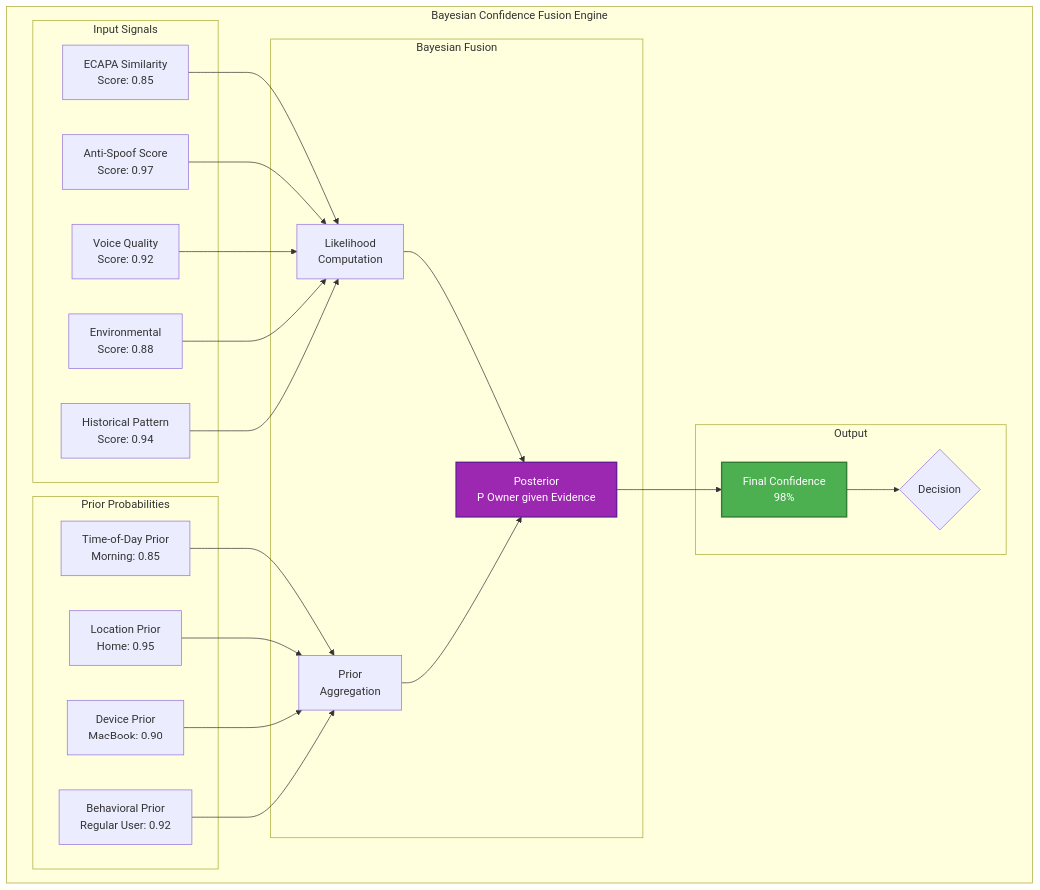
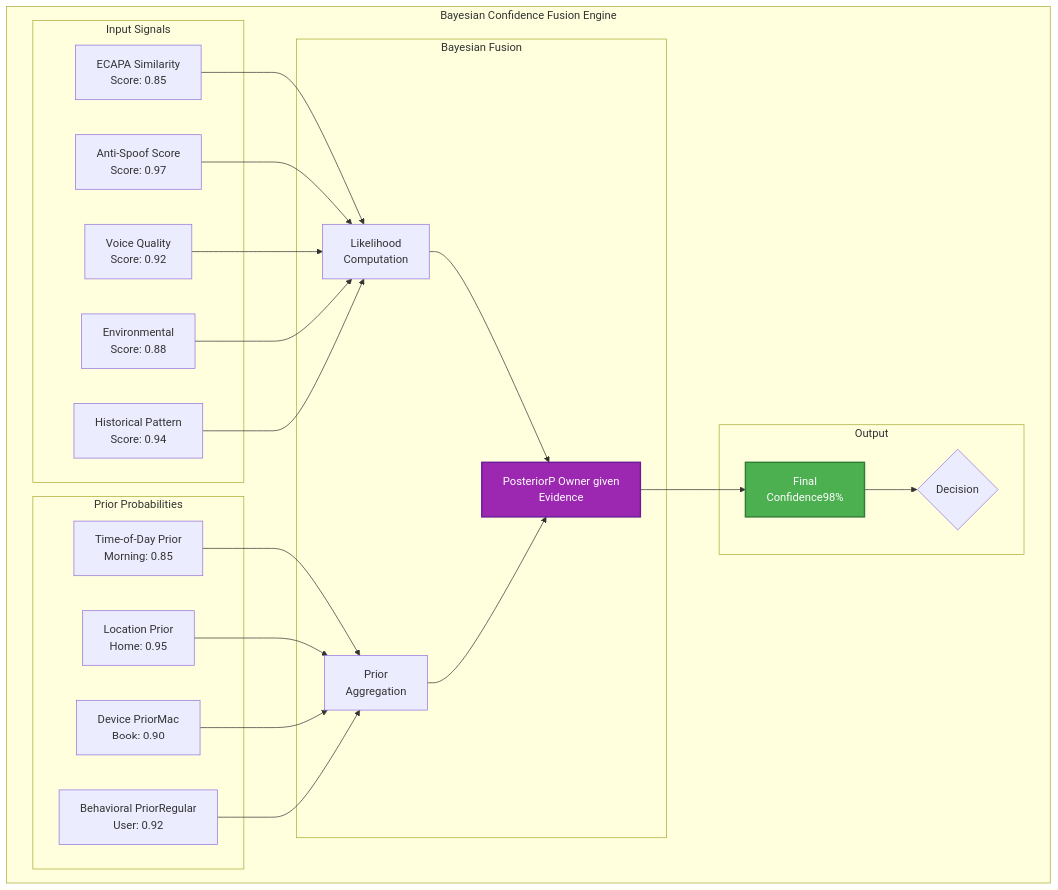
The sixth of 13 diagrams in VOICE_BIOMETRIC_INTELLIGENCE_ARCHITECTURE.md (nandkishorrathodk-art/Ironcliw-ai), drawn with Mermaid before and after one commit. The commit also changed other lines of this file, not shown here.

````diff
--- a/VOICE_BIOMETRIC_INTELLIGENCE_ARCHITECTURE.md
+++ b/VOICE_BIOMETRIC_INTELLIGENCE_ARCHITECTURE.md
@@ -398,46 +392,46 @@
 ```mermaid
 flowchart TB
     subgraph "Bayesian Confidence Fusion Engine"
         subgraph "Input Signals"
             S1[ECAPA Similarity<br/>Score: 0.85]
             S2[Anti-Spoof Score<br/>Score: 0.97]
             S3[Voice Quality<br/>Score: 0.92]
             S4[Environmental<br/>Score: 0.88]
             S5[Historical Pattern<br/>Score: 0.94]
         end
         
         subgraph "Prior Probabilities"
             P1[Time-of-Day Prior<br/>Morning: 0.85]
             P2[Location Prior<br/>Home: 0.95]
-            P3[Device Prior<br/>MacBook: 0.90]
-            P4[Behavioral Prior<br/>Regular User: 0.92]
+            P3[Device PriorMac<br/>Book: 0.90]
+            P4[Behavioral PriorRegular <br/>User: 0.92]
         end
         
         subgraph "Bayesian Fusion"
             LIKE[Likelihood<br/>Computation]
             PRIOR[Prior<br/>Aggregation]
-            POST["Posterior<br/>P Owner given Evidence"]
+            POST["PosteriorP Owner given <br/>Evidence"]
         end
         
         subgraph "Output"
-            CONF[Final Confidence<br/>98%]
+            CONF[Final <br/>Confidence98%]
             DEC{Decision}
         end
         
         S1 --> LIKE
         S2 --> LIKE
         S3 --> LIKE
         S4 --> LIKE
         S5 --> LIKE
         P1 --> PRIOR
         P2 --> PRIOR
         P3 --> PRIOR
         P4 --> PRIOR
         LIKE --> POST
         PRIOR --> POST
         POST --> CONF --> DEC
     end
 
     style POST fill:#9c27b0,stroke:#6a1b9a,stroke-width:2px,color:#fff
     style CONF fill:#4caf50,stroke:#2e7d32,stroke-width:2px,color:#fff
 ```
````
